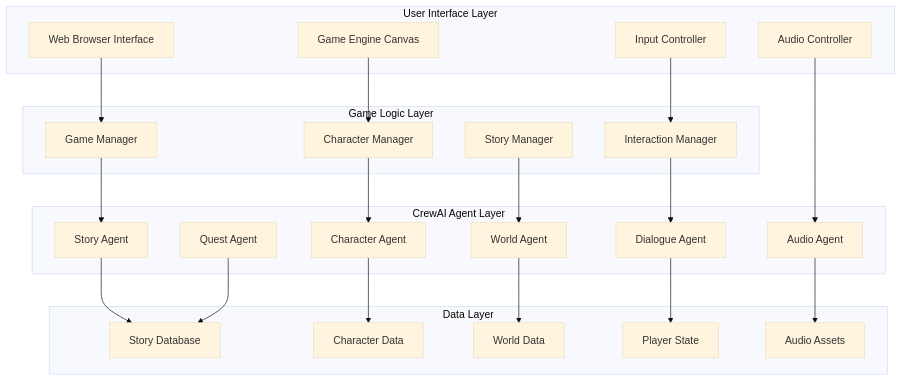
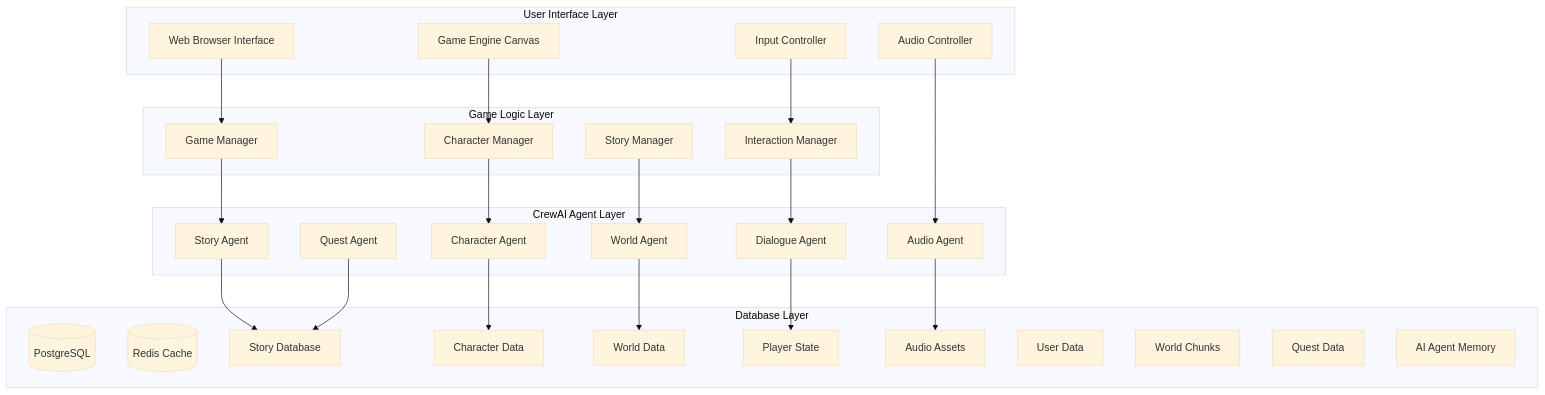
Before and after one commit to twick1234/magic-adventure-game: the diagram in ARCHITECTURE.md, drawn with Mermaid (base theme). The commit also changed other lines of this file and 43 other files, not shown here.

````diff
--- a/ARCHITECTURE.md
+++ b/ARCHITECTURE.md
@@ -5,50 +9,56 @@
 ```mermaid
 graph TB
     subgraph "User Interface Layer"
         UI[Web Browser Interface]
         GE[Game Engine Canvas]
         AC[Audio Controller]
         IC[Input Controller]
     end
     
     subgraph "Game Logic Layer"
         GM[Game Manager]
         CM[Character Manager]
         SM[Story Manager]
         IM[Interaction Manager]
     end
     
     subgraph "CrewAI Agent Layer"
         SA[Story Agent]
         CA[Character Agent]
         WA[World Agent]
         DA[Dialogue Agent]
         QA[Quest Agent]
         AA[Audio Agent]
     end
     
-    subgraph "Data Layer"
+    subgraph "Database Layer"
+        PG[(PostgreSQL)]
+        RD[(Redis Cache)]
         SD[Story Database]
         CD[Character Data]
         WD[World Data]
         PS[Player State]
         AD[Audio Assets]
+        UD[User Data]
+        WC[World Chunks]
+        QD[Quest Data]
+        AI_MEM[AI Agent Memory]
     end
     
     UI --> GM
     GE --> CM
     AC --> AA
     IC --> IM
     
     GM --> SA
     CM --> CA
     SM --> WA
     IM --> DA
     
     SA --> SD
     CA --> CD
     WA --> WD
     DA --> PS
     QA --> SD
     AA --> AD
 ```
````
